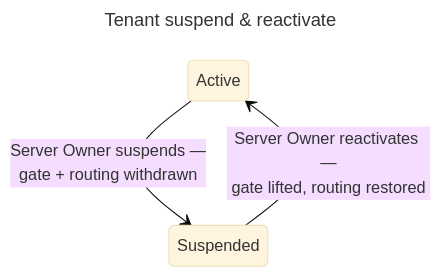
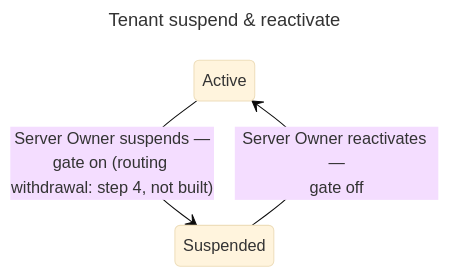
The diagram in docs/features/admin/use-cases/uc.admin.suspend-tenant.md (raddatzk/veyq), drawn with Mermaid (base theme) before and after one commit. The commit also changed other lines of this file and 1 other file, not shown here.

First line of the commit message:
docs: mark the ingress layer of uc.admin.suspend-tenant as not built

````diff
--- a/docs/features/admin/use-cases/uc.admin.suspend-tenant.md
+++ b/docs/features/admin/use-cases/uc.admin.suspend-tenant.md
@@ -34,8 +35,8 @@
 ```mermaid
 ---
 title: Tenant suspend & reactivate
 ---
 stateDiagram-v2
-  Active --> Suspended : Server Owner suspends —<br>gate + routing withdrawn
-  Suspended --> Active : Server Owner reactivates —<br>gate lifted, routing restored
+  Active --> Suspended : Server Owner suspends —<br>gate on (routing withdrawal: step 4, not built)
+  Suspended --> Active : Server Owner reactivates —<br>gate off
 ```
````
